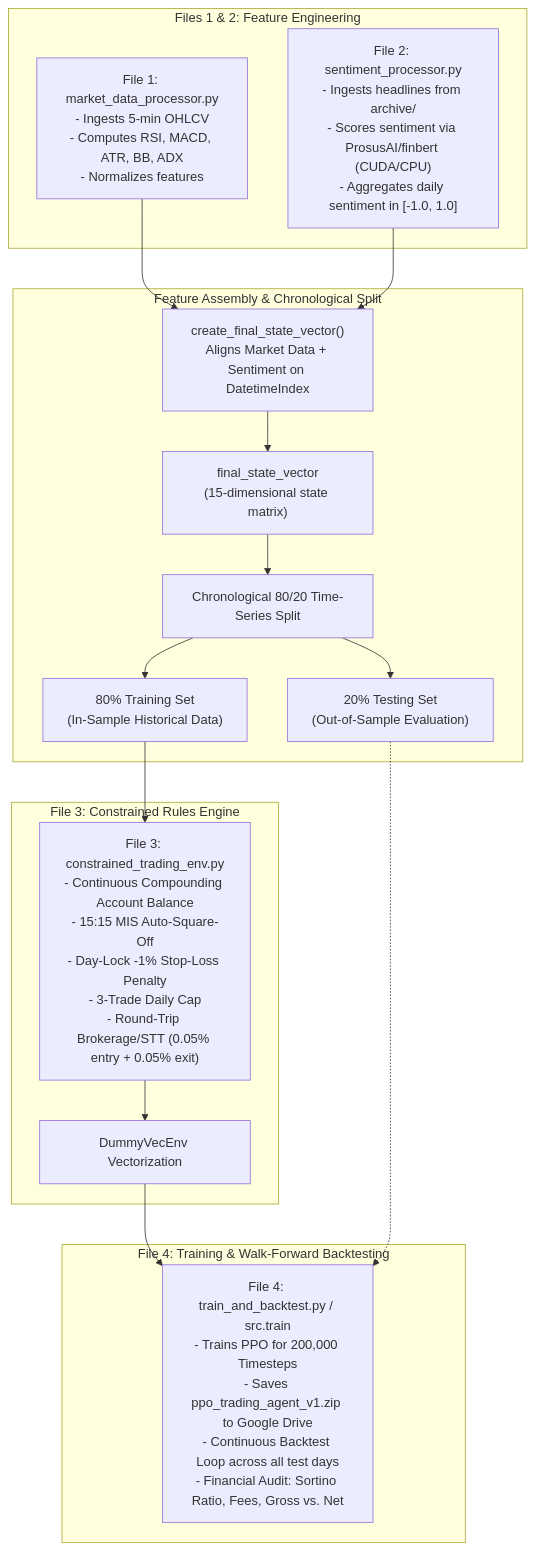
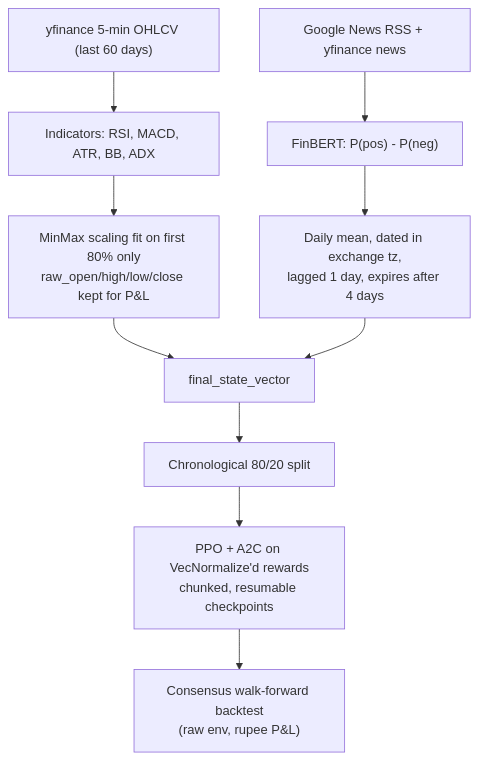
One commit to SUZUB/ATU changed the second of 2 diagrams in README.md. Above: the diagram before and after it, drawn with Mermaid. The commit also changed other lines of this file and 11 other files, not shown here.

First line of the commit message:
feat: real news sentiment, gap-slippage stops, shared CLI/notebook pipeline, discrete actions

````diff
--- a/README.md
+++ b/README.md
@@ -57,34 +52,12 @@
 ```mermaid
 flowchart TD
-    subgraph Data_Layer ["Files 1 & 2: Feature Engineering"]
-        F1["File 1: market_data_processor.py<br/>- Ingests 5-min OHLCV<br/>- Computes RSI, MACD, ATR, BB, ADX<br/>- Normalizes features"]
-        F2["File 2: sentiment_processor.py<br/>- Ingests headlines from archive/<br/>- Scores sentiment via ProsusAI/finbert (CUDA/CPU)<br/>- Aggregates daily sentiment in [-1.0, 1.0]"]
-    end
-
-    subgraph Feature_Merging ["Feature Assembly & Chronological Split"]
-        MERGE["create_final_state_vector()<br/>Aligns Market Data + Sentiment on DatetimeIndex"]
-        FSV["final_state_vector<br/>(15-dimensional state matrix)"]
-        F1 --> MERGE
-        F2 --> MERGE
-        MERGE --> FSV
-        SPLIT["Chronological 80/20 Time-Series Split"]
-        TRAIN_DATA["80% Training Set<br/>(In-Sample Historical Data)"]
-        TEST_DATA["20% Testing Set<br/>(Out-of-Sample Evaluation)"]
-        FSV --> SPLIT
-        SPLIT --> TRAIN_DATA
-        SPLIT --> TEST_DATA
-    end
-
-    subgraph RL_Environment ["File 3: Constrained Rules Engine"]
-        ENV["File 3: constrained_trading_env.py<br/>- Continuous Compounding Account Balance<br/>- 15:15 MIS Auto-Square-Off<br/>- Day-Lock -1% Stop-Loss Penalty<br/>- 3-Trade Daily Cap<br/>- Round-Trip Brokerage/STT (0.05% entry + 0.05% exit)"]
-        VEC["DummyVecEnv Vectorization"]
-        TRAIN_DATA --> ENV
-        ENV --> VEC
-    end
-
-    subgraph Execution_Pipeline ["File 4: Training & Walk-Forward Backtesting"]
-        F4["File 4: train_and_backtest.py / src.train<br/>- Trains PPO for 200,000 Timesteps<br/>- Saves ppo_trading_agent_v1.zip to Google Drive<br/>- Continuous Backtest Loop across all test days<br/>- Financial Audit: Sortino Ratio, Fees, Gross vs. Net"]
-        VEC --> F4
-        TEST_DATA -.-> F4
-    end
+    P["yfinance 5-min OHLCV (last 60 days)"] --> F["Indicators: RSI, MACD, ATR, BB, ADX"]
+    F --> S["MinMax scaling fit on first 80% only<br/>raw_open/high/low/close kept for P&L"]
+    N["Google News RSS + yfinance news"] --> B["FinBERT: P(pos) - P(neg)"]
+    B --> L["Daily mean, dated in exchange tz,<br/>lagged 1 day, expires after 4 days"]
+    S --> M["final_state_vector"]
+    L --> M
+    M --> X["Chronological 80/20 split"]
+    X --> T["PPO + A2C on VecNormalize'd rewards<br/>chunked, resumable checkpoints"]
+    T --> E["Consensus walk-forward backtest<br/>(raw env, rupee P&L)"]
 ```
````
